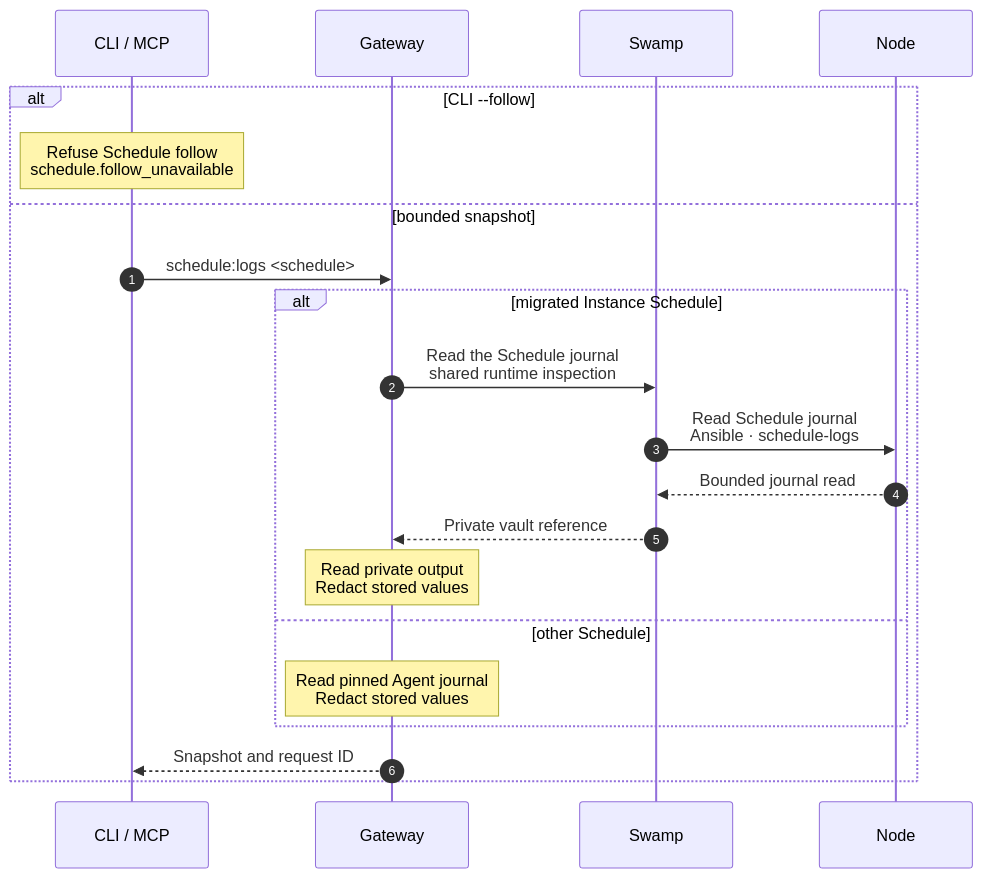
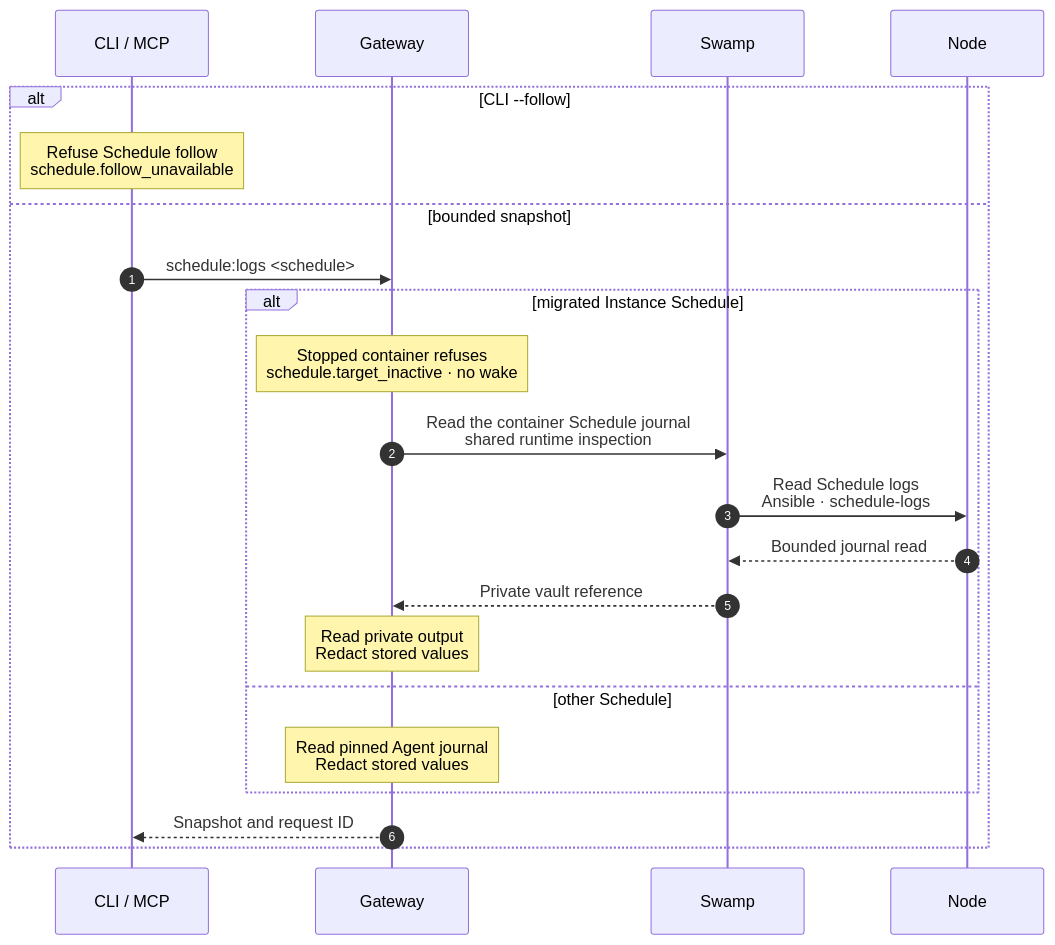
One commit to hardimpactdev/orbit changed the diagram in docs/cli/schedule/logs.mmd. Above: the diagram before and after it, drawn with Mermaid. The commit also changed 7 other files, not shown here.

```diff
--- a/docs/cli/schedule/logs.mmd
+++ b/docs/cli/schedule/logs.mmd
@@ -1,26 +1,27 @@
 sequenceDiagram
   %% status: draft
   %% command: schedule:logs
   %% kind: schedule.logs
   autonumber
   participant CLI as CLI / MCP
   participant GW as Gateway
   participant SW as Swamp
   participant N as Node
   alt CLI --follow
     Note over CLI: Refuse Schedule follow<br/>schedule.follow_unavailable
   else bounded snapshot
     CLI->>GW: schedule:logs <schedule>
     alt migrated Instance Schedule
-      GW->>SW: Read the Schedule journal<br/>shared runtime inspection
-      SW->>N: Read Schedule journal<br/>Ansible · schedule-logs
+      Note over GW: Stopped container refuses<br/>schedule.target_inactive · no wake
+      GW->>SW: Read the container Schedule journal<br/>shared runtime inspection
+      SW->>N: Read Schedule logs<br/>Ansible · schedule-logs
       N-->>SW: Bounded journal read
       %%> Limits:
       %%> - complete entries within 4 MiB of UTF-8 bytes and the 8 MiB JSON transport limit, with 16 KiB reserved for the envelope
       SW-->>GW: Private vault reference
       Note over GW: Read private output<br/>Redact stored values
     else other Schedule
       Note over GW: Read pinned Agent journal<br/>Redact stored values
     end
     GW-->>CLI: Snapshot and request ID
   end
```
